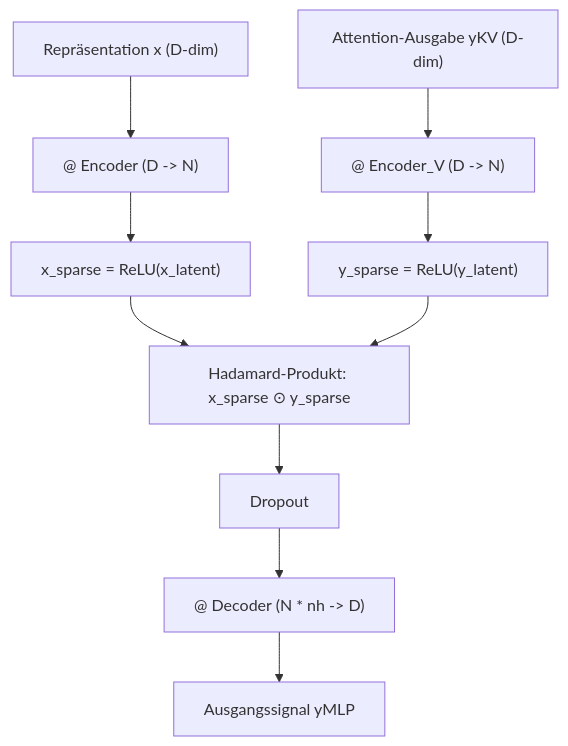
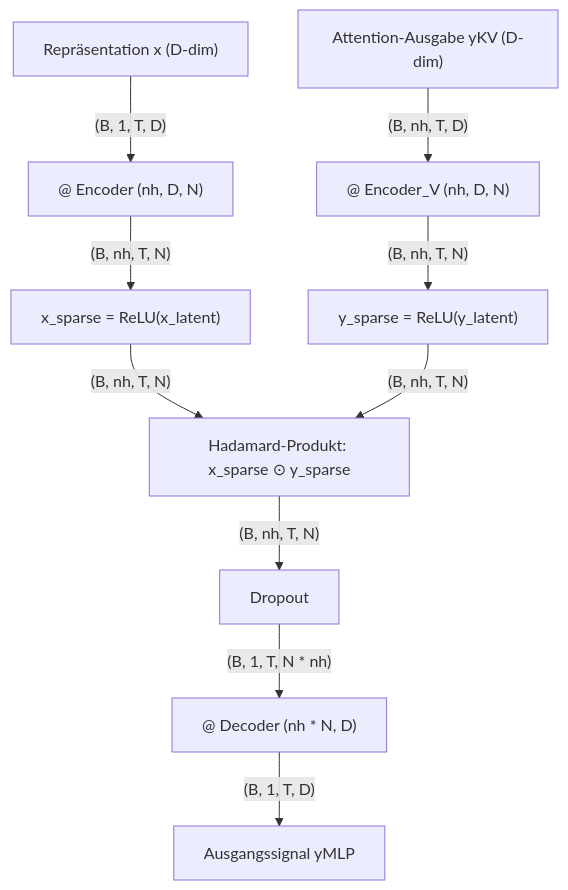
One commit to eberlful/BDH changed the diagram in docs/obsidian/BDH/Konzepte/RoPE & Sparse Synaptic Gating.md. Above: the diagram before and after it, drawn with Mermaid. The commit also changed other lines of this file and 14 other files, not shown here.

````diff
--- a/docs/obsidian/BDH/Konzepte/RoPE & Sparse Synaptic Gating.md
+++ b/docs/obsidian/BDH/Konzepte/RoPE & Sparse Synaptic Gating.md
@@ -64,15 +64,15 @@
 ```mermaid
 graph TD
-    X["Repräsentation x (D-dim)"] --> EncX["@ Encoder (D -> N)"]
-    EncX --> ReLU1["x_sparse = ReLU(x_latent)"]
+    X["Repräsentation x (D-dim)"] -->|"(B, 1, T, D)"| EncX["@ Encoder (nh, D, N)"]
+    EncX -->|"(B, nh, T, N)"| ReLU1["x_sparse = ReLU(x_latent)"]
     
-    YKV["Attention-Ausgabe yKV (D-dim)"] --> EncY["@ Encoder_V (D -> N)"]
-    EncY --> ReLU2["y_sparse = ReLU(y_latent)"]
+    YKV["Attention-Ausgabe yKV (D-dim)"] -->|"(B, nh, T, D)"| EncY["@ Encoder_V (nh, D, N)"]
+    EncY -->|"(B, nh, T, N)"| ReLU2["y_sparse = ReLU(y_latent)"]
     
-    ReLU1 --> Gate["Hadamard-Produkt: x_sparse ⊙ y_sparse"]
-    ReLU2 --> Gate
+    ReLU1 -->|"(B, nh, T, N)"| Gate["Hadamard-Produkt: x_sparse ⊙ y_sparse"]
+    ReLU2 -->|"(B, nh, T, N)"| Gate
     
-    Gate --> Drop["Dropout"]
-    Drop --> Dec["@ Decoder (N * nh -> D)"]
-    Dec --> Out["Ausgangssignal yMLP"]
+    Gate -->|"(B, nh, T, N)"| Drop["Dropout"]
+    Drop -->|"(B, 1, T, N * nh)"| Dec["@ Decoder (nh * N, D)"]
+    Dec -->|"(B, 1, T, D)"| Out["Ausgangssignal yMLP"]
 ```
````
